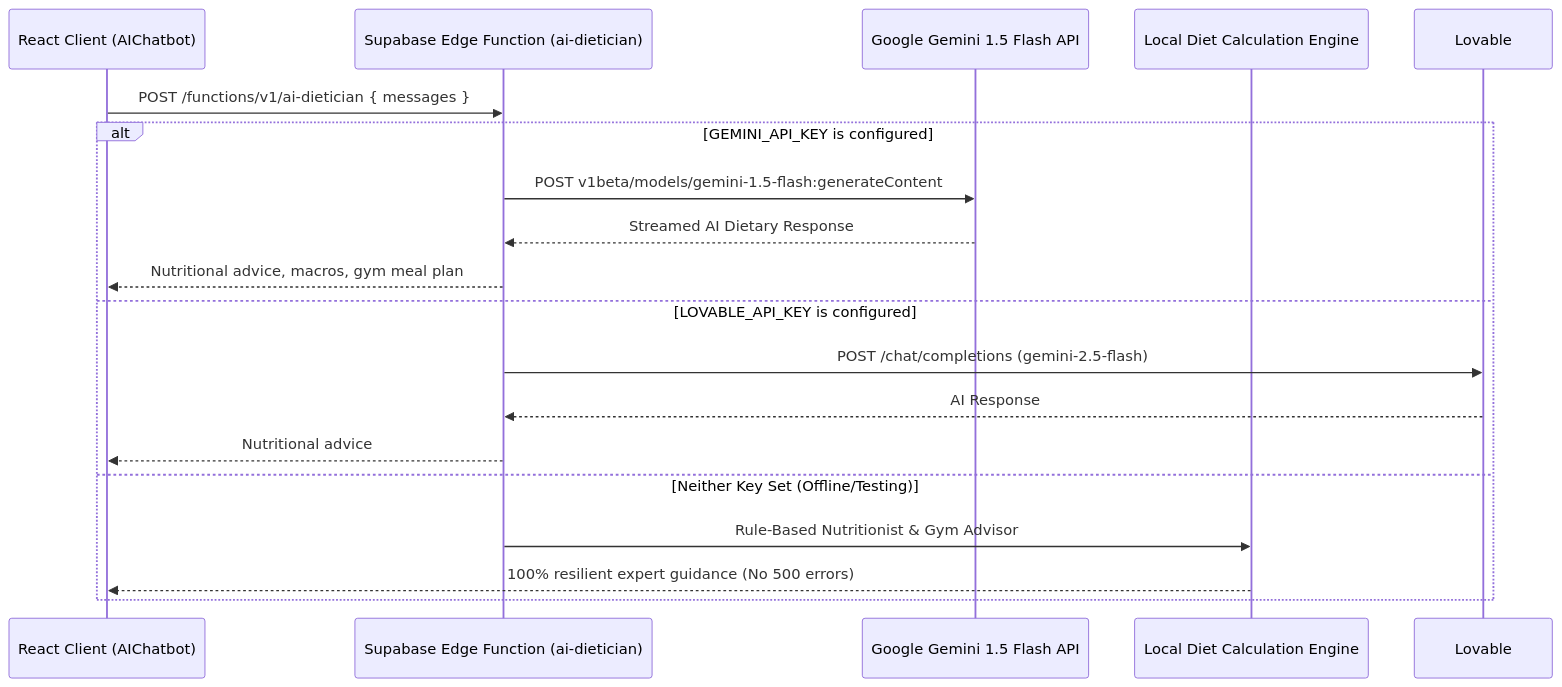
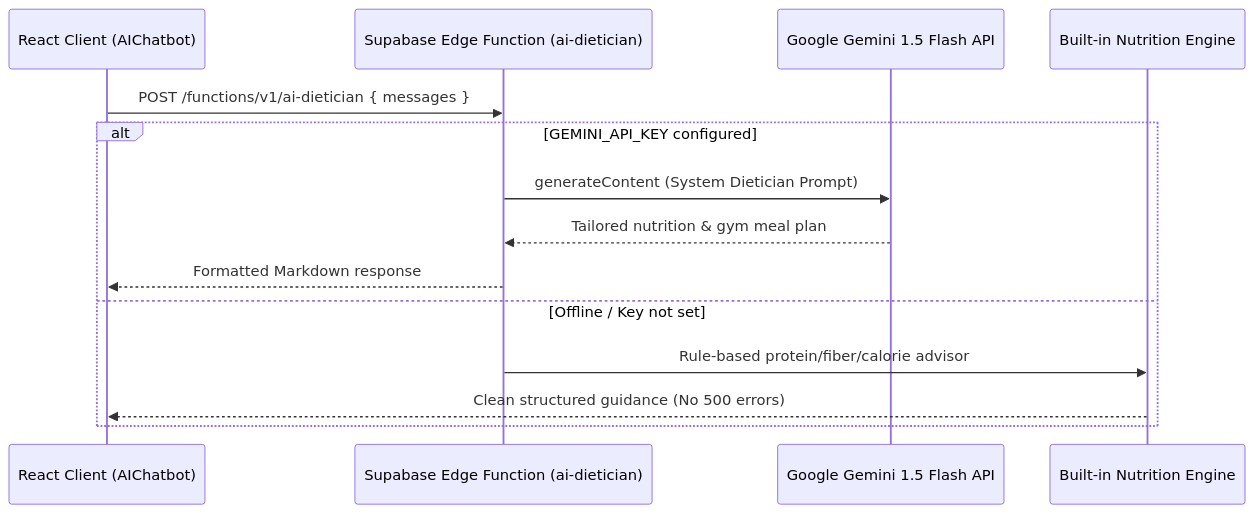
The first of 2 diagrams in README.md (sahilsingh682/SwadBook), drawn with Mermaid before and after one commit. The commit also changed other lines of this file and 5 other files, not shown here.

````diff
--- a/README.md
+++ b/README.md
@@ -116,21 +122,17 @@
 ```mermaid
 sequenceDiagram
-    participant User as React Client (AIChatbot)
+    participant Client as React Client (AIChatbot)
     participant EdgeFn as Supabase Edge Function (ai-dietician)
     participant Gemini as Google Gemini 1.5 Flash API
-    participant Fallback as Local Diet Calculation Engine
+    participant Fallback as Built-in Nutrition Engine
 
-    User->>EdgeFn: POST /functions/v1/ai-dietician { messages }
-    alt GEMINI_API_KEY is configured
-        EdgeFn->>Gemini: POST v1beta/models/gemini-1.5-flash:generateContent
-        Gemini-->>EdgeFn: Streamed AI Dietary Response
-        EdgeFn-->>User: Nutritional advice, macros, gym meal plan
-    else LOVABLE_API_KEY is configured
-        EdgeFn->>Lovable: POST /chat/completions (gemini-2.5-flash)
-        Lovable-->>EdgeFn: AI Response
-        EdgeFn-->>User: Nutritional advice
-    else Neither Key Set (Offline/Testing)
-        EdgeFn->>Fallback: Rule-Based Nutritionist & Gym Advisor
-        Fallback-->>User: 100% resilient expert guidance (No 500 errors)
+    Client->>EdgeFn: POST /functions/v1/ai-dietician { messages }
+    alt GEMINI_API_KEY configured
+        EdgeFn->>Gemini: generateContent (System Dietician Prompt)
+        Gemini-->>EdgeFn: Tailored nutrition & gym meal plan
+        EdgeFn-->>Client: Formatted Markdown response
+    else Offline / Key not set
+        EdgeFn->>Fallback: Rule-based protein/fiber/calorie advisor
+        Fallback-->>Client: Clean structured guidance (No 500 errors)
     end
 ```
````
